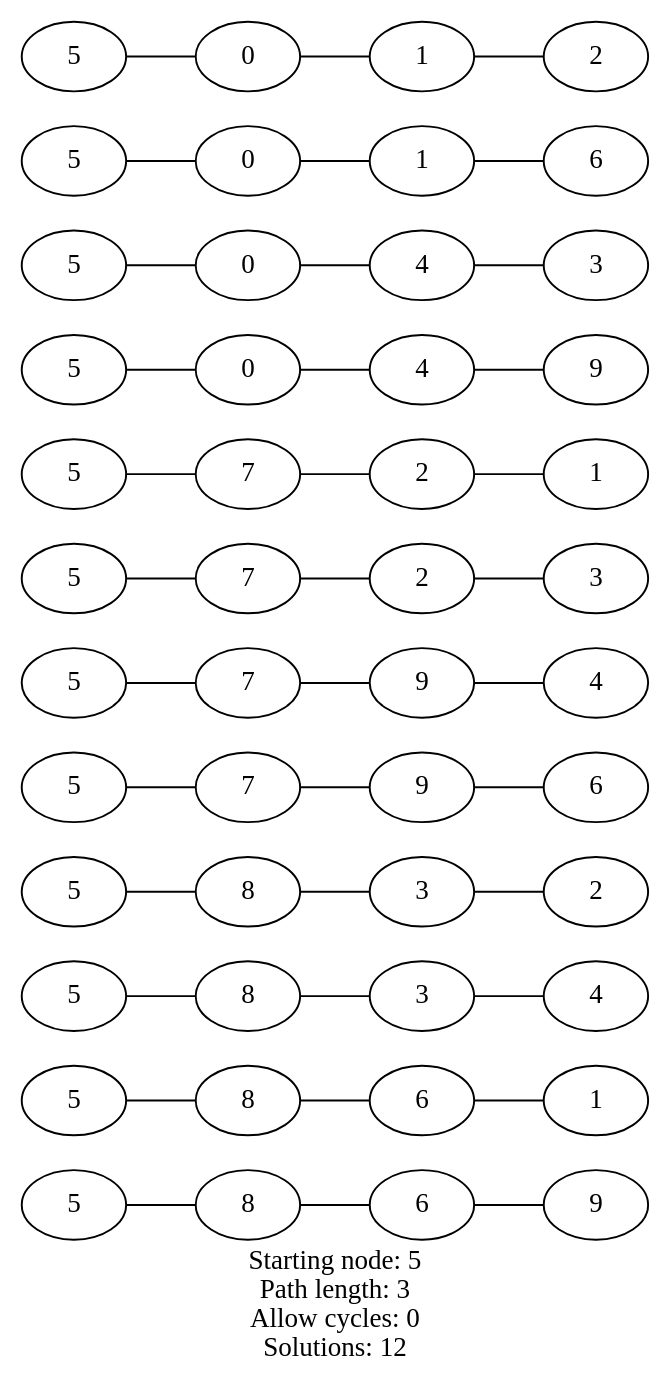
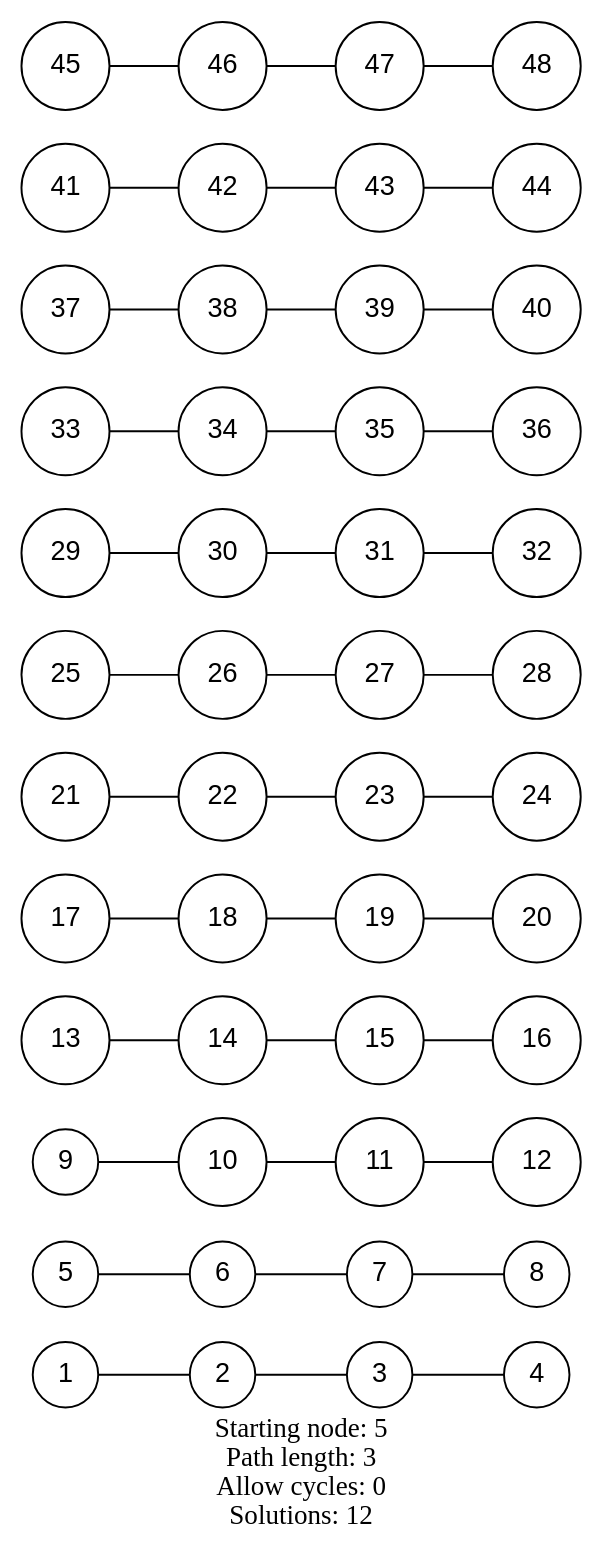
Before and after one commit to graphviz-perl/GraphViz2-Marpa-PathUtils: the diagram in data/02.fixed.paths.out.gv, drawn with Graphviz. The commit also changed 36 other files, not shown here.

```diff
--- a/data/02.fixed.paths.out.gv
+++ b/data/02.fixed.paths.out.gv
@@ -1,65 +1,65 @@
 graph Petersen
 {
 	graph [label = "Starting node: 5\nPath length: 3\nAllow cycles: 0\nSolutions: 12" rankdir = LR]
 
-	"1" [label = "5"]
-	"2" [label = "8"]
-	"3" [label = "6"]
-	"4" [label = "9"]
-	"5" [label = "5"]
-	"6" [label = "8"]
-	"7" [label = "6"]
-	"8" [label = "1"]
-	"9" [label = "5"]
-	"10" [label = "8"]
-	"11" [label = "3"]
-	"12" [label = "4"]
-	"13" [label = "5"]
-	"14" [label = "8"]
-	"15" [label = "3"]
-	"16" [label = "2"]
-	"17" [label = "5"]
-	"18" [label = "7"]
-	"19" [label = "9"]
-	"20" [label = "6"]
-	"21" [label = "5"]
-	"22" [label = "7"]
-	"23" [label = "9"]
-	"24" [label = "4"]
-	"25" [label = "5"]
-	"26" [label = "7"]
-	"27" [label = "2"]
-	"28" [label = "3"]
-	"29" [label = "5"]
-	"30" [label = "7"]
-	"31" [label = "2"]
-	"32" [label = "1"]
-	"33" [label = "5"]
-	"34" [label = "0"]
-	"35" [label = "4"]
-	"36" [label = "9"]
-	"37" [label = "5"]
-	"38" [label = "0"]
-	"39" [label = "4"]
-	"40" [label = "3"]
-	"41" [label = "5"]
-	"42" [label = "0"]
-	"43" [label = "1"]
-	"44" [label = "6"]
-	"45" [label = "5"]
-	"46" [label = "0"]
-	"47" [label = "1"]
-	"48" [label = "2"]
+	"1" [color = "black" fontname = "Arial" height = "0.400000" label = "\N" name = "1" shape = "circle" width = "0.400000"]
+	"2" [color = "black" fontname = "Arial" height = "0.400000" label = "\N" name = "2" shape = "circle" width = "0.400000"]
+	"3" [color = "black" fontname = "Arial" height = "0.400000" label = "\N" name = "3" shape = "circle" width = "0.400000"]
+	"4" [color = "black" fontname = "Arial" height = "0.400000" label = "\N" name = "4" shape = "circle" width = "0.400000"]
+	"5" [color = "black" fontname = "Arial" height = "0.400000" label = "\N" name = "5" shape = "circle" width = "0.400000"]
+	"6" [color = "black" fontname = "Arial" height = "0.400000" label = "\N" name = "6" shape = "circle" width = "0.400000"]
+	"7" [color = "black" fontname = "Arial" height = "0.400000" label = "\N" name = "7" shape = "circle" width = "0.400000"]
+	"8" [color = "black" fontname = "Arial" height = "0.400000" label = "\N" name = "8" shape = "circle" width = "0.400000"]
+	"9" [color = "black" fontname = "Arial" height = "0.400000" label = "\N" name = "9" shape = "circle" width = "0.400000"]
+	"10" [color = "black" fontname = "Arial" height = "0.400000" label = "\N" name = "10" shape = "circle" width = "0.400000"]
+	"11" [color = "black" fontname = "Arial" height = "0.400000" label = "\N" name = "11" shape = "circle" width = "0.400000"]
+	"12" [color = "black" fontname = "Arial" height = "0.400000" label = "\N" name = "12" shape = "circle" width = "0.400000"]
+	"13" [color = "black" fontname = "Arial" height = "0.400000" label = "\N" name = "13" shape = "circle" width = "0.400000"]
+	"14" [color = "black" fontname = "Arial" height = "0.400000" label = "\N" name = "14" shape = "circle" width = "0.400000"]
+	"15" [color = "black" fontname = "Arial" height = "0.400000" label = "\N" name = "15" shape = "circle" width = "0.400000"]
+	"16" [color = "black" fontname = "Arial" height = "0.400000" label = "\N" name = "16" shape = "circle" width = "0.400000"]
+	"17" [color = "black" fontname = "Arial" height = "0.400000" label = "\N" name = "17" shape = "circle" width = "0.400000"]
+	"18" [color = "black" fontname = "Arial" height = "0.400000" label = "\N" name = "18" shape = "circle" width = "0.400000"]
+	"19" [color = "black" fontname = "Arial" height = "0.400000" label = "\N" name = "19" shape = "circle" width = "0.400000"]
+	"20" [color = "black" fontname = "Arial" height = "0.400000" label = "\N" name = "20" shape = "circle" width = "0.400000"]
+	"21" [color = "black" fontname = "Arial" height = "0.400000" label = "\N" name = "21" shape = "circle" width = "0.400000"]
+	"22" [color = "black" fontname = "Arial" height = "0.400000" label = "\N" name = "22" shape = "circle" width = "0.400000"]
+	"23" [color = "black" fontname = "Arial" height = "0.400000" label = "\N" name = "23" shape = "circle" width = "0.400000"]
+	"24" [color = "black" fontname = "Arial" height = "0.400000" label = "\N" name = "24" shape = "circle" width = "0.400000"]
+	"25" [color = "black" fontname = "Arial" height = "0.400000" label = "\N" name = "25" shape = "circle" width = "0.400000"]
+	"26" [color = "black" fontname = "Arial" height = "0.400000" label = "\N" name = "26" shape = "circle" width = "0.400000"]
+	"27" [color = "black" fontname = "Arial" height = "0.400000" label = "\N" name = "27" shape = "circle" width = "0.400000"]
+	"28" [color = "black" fontname = "Arial" height = "0.400000" label = "\N" name = "28" shape = "circle" width = "0.400000"]
+	"29" [color = "black" fontname = "Arial" height = "0.400000" label = "\N" name = "29" shape = "circle" width = "0.400000"]
+	"30" [color = "black" fontname = "Arial" height = "0.400000" label = "\N" name = "30" shape = "circle" width = "0.400000"]
+	"31" [color = "black" fontname = "Arial" height = "0.400000" label = "\N" name = "31" shape = "circle" width = "0.400000"]
+	"32" [color = "black" fontname = "Arial" height = "0.400000" label = "\N" name = "32" shape = "circle" width = "0.400000"]
+	"33" [color = "black" fontname = "Arial" height = "0.400000" label = "\N" name = "33" shape = "circle" width = "0.400000"]
+	"34" [color = "black" fontname = "Arial" height = "0.400000" label = "\N" name = "34" shape = "circle" width = "0.400000"]
+	"35" [color = "black" fontname = "Arial" height = "0.400000" label = "\N" name = "35" shape = "circle" width = "0.400000"]
+	"36" [color = "black" fontname = "Arial" height = "0.400000" label = "\N" name = "36" shape = "circle" width = "0.400000"]
+	"37" [color = "black" fontname = "Arial" height = "0.400000" label = "\N" name = "37" shape = "circle" width = "0.400000"]
+	"38" [color = "black" fontname = "Arial" height = "0.400000" label = "\N" name = "38" shape = "circle" width = "0.400000"]
+	"39" [color = "black" fontname = "Arial" height = "0.400000" label = "\N" name = "39" shape = "circle" width = "0.400000"]
+	"40" [color = "black" fontname = "Arial" height = "0.400000" label = "\N" name = "40" shape = "circle" width = "0.400000"]
+	"41" [color = "black" fontname = "Arial" height = "0.400000" label = "\N" name = "41" shape = "circle" width = "0.400000"]
+	"42" [color = "black" fontname = "Arial" height = "0.400000" label = "\N" name = "42" shape = "circle" width = "0.400000"]
+	"43" [color = "black" fontname = "Arial" height = "0.400000" label = "\N" name = "43" shape = "circle" width = "0.400000"]
+	"44" [color = "black" fontname = "Arial" height = "0.400000" label = "\N" name = "44" shape = "circle" width = "0.400000"]
+	"45" [color = "black" fontname = "Arial" height = "0.400000" label = "\N" name = "45" shape = "circle" width = "0.400000"]
+	"46" [color = "black" fontname = "Arial" height = "0.400000" label = "\N" name = "46" shape = "circle" width = "0.400000"]
+	"47" [color = "black" fontname = "Arial" height = "0.400000" label = "\N" name = "47" shape = "circle" width = "0.400000"]
+	"48" [color = "black" fontname = "Arial" height = "0.400000" label = "\N" name = "48" shape = "circle" width = "0.400000"]
 	"1" -- "2" -- "3" -- "4";
 	"5" -- "6" -- "7" -- "8";
 	"9" -- "10" -- "11" -- "12";
 	"13" -- "14" -- "15" -- "16";
 	"17" -- "18" -- "19" -- "20";
 	"21" -- "22" -- "23" -- "24";
 	"25" -- "26" -- "27" -- "28";
 	"29" -- "30" -- "31" -- "32";
 	"33" -- "34" -- "35" -- "36";
 	"37" -- "38" -- "39" -- "40";
 	"41" -- "42" -- "43" -- "44";
 	"45" -- "46" -- "47" -- "48";
 }
```
